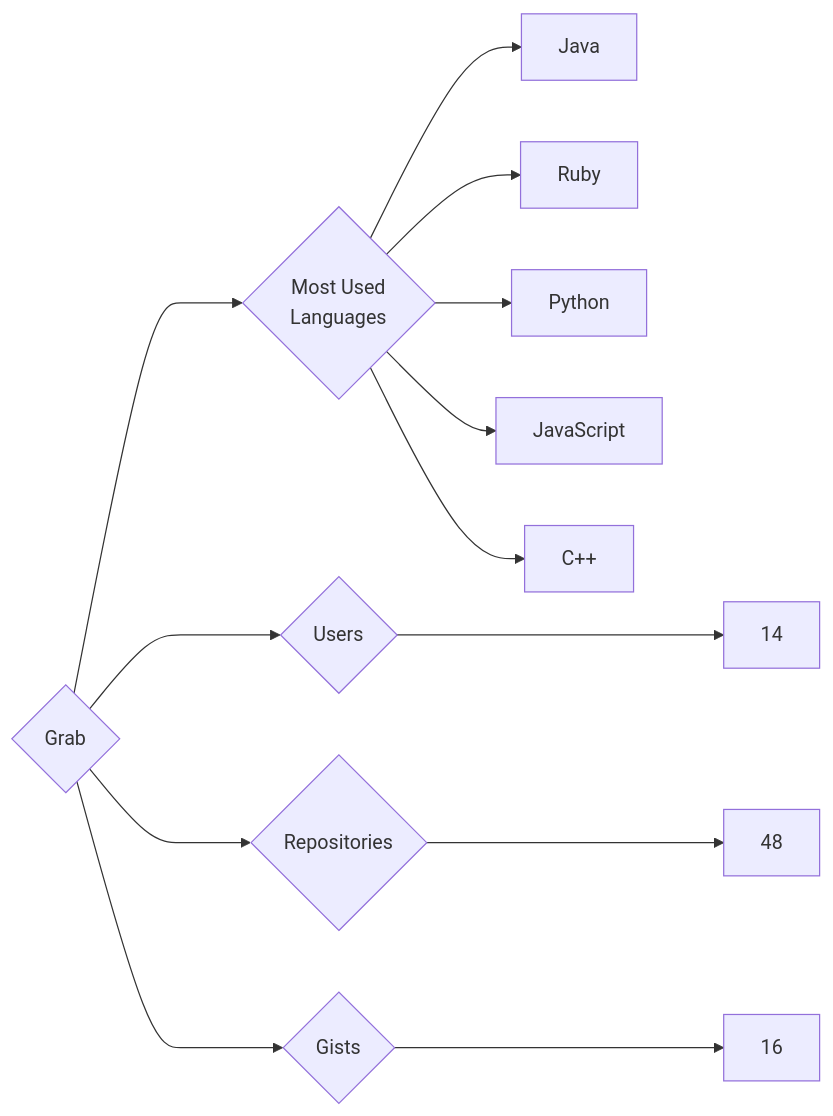
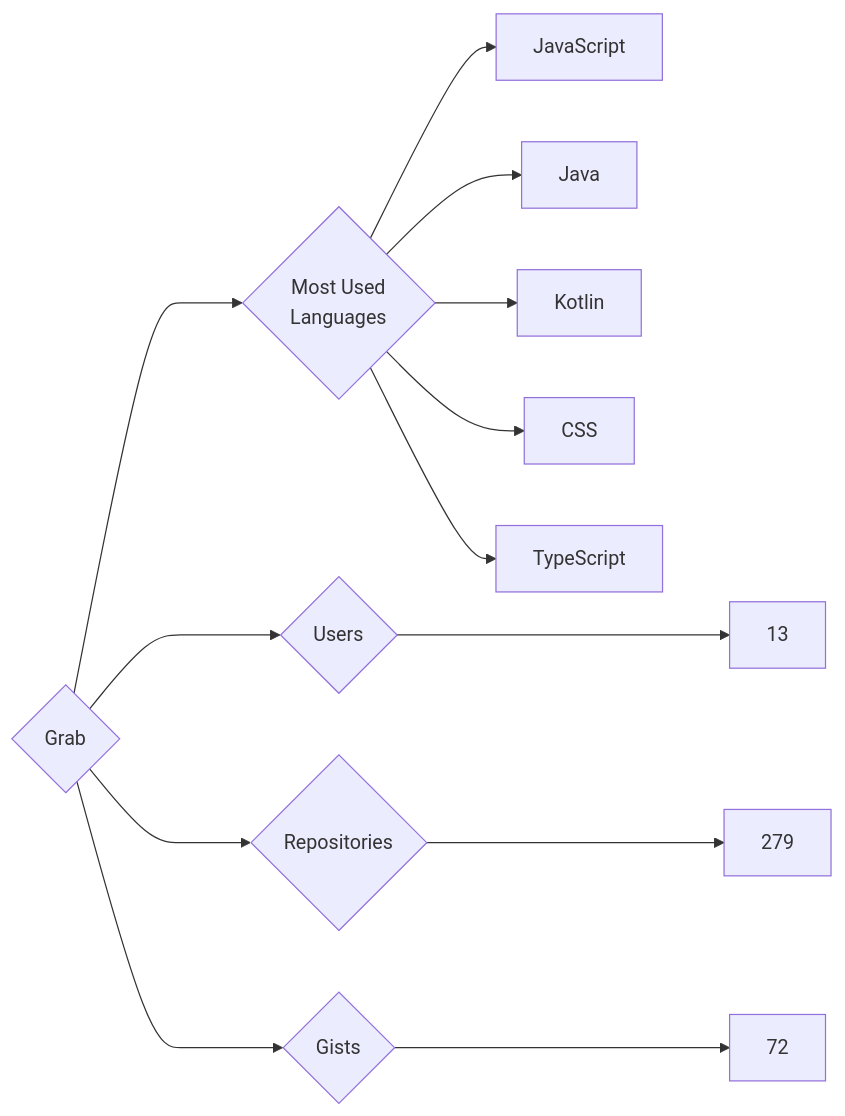
The diagram in targets/Grab/README.md (trickest/insiders), drawn with Mermaid before and after one commit. The commit also changed 644 other files, not shown here.

````diff
--- a/targets/Grab/README.md
+++ b/targets/Grab/README.md
@@ -3,13 +3,13 @@
 ```mermaid
 graph LR
 COMPANY_NAME{Grab}
-COMPANY_NAME ---> U{Users} ---> UN[14]
-COMPANY_NAME ---> R{Repositories} ---> RN[48]
-COMPANY_NAME ---> G{Gists} ---> GN[16]
+COMPANY_NAME ---> U{Users} ---> UN[13]
+COMPANY_NAME ---> R{Repositories} ---> RN[279]
+COMPANY_NAME ---> G{Gists} ---> GN[72]
 COMPANY_NAME ---> ML{Most Used<br>Languages}
+ML --> JavaScript[JavaScript]
 ML --> Java[Java]
-ML --> Ruby[Ruby]
-ML --> Python[Python]
-ML --> JavaScript[JavaScript]
-ML --> C++[C++]
+ML --> Kotlin[Kotlin]
+ML --> CSS[CSS]
+ML --> TypeScript[TypeScript]
 ```
````
